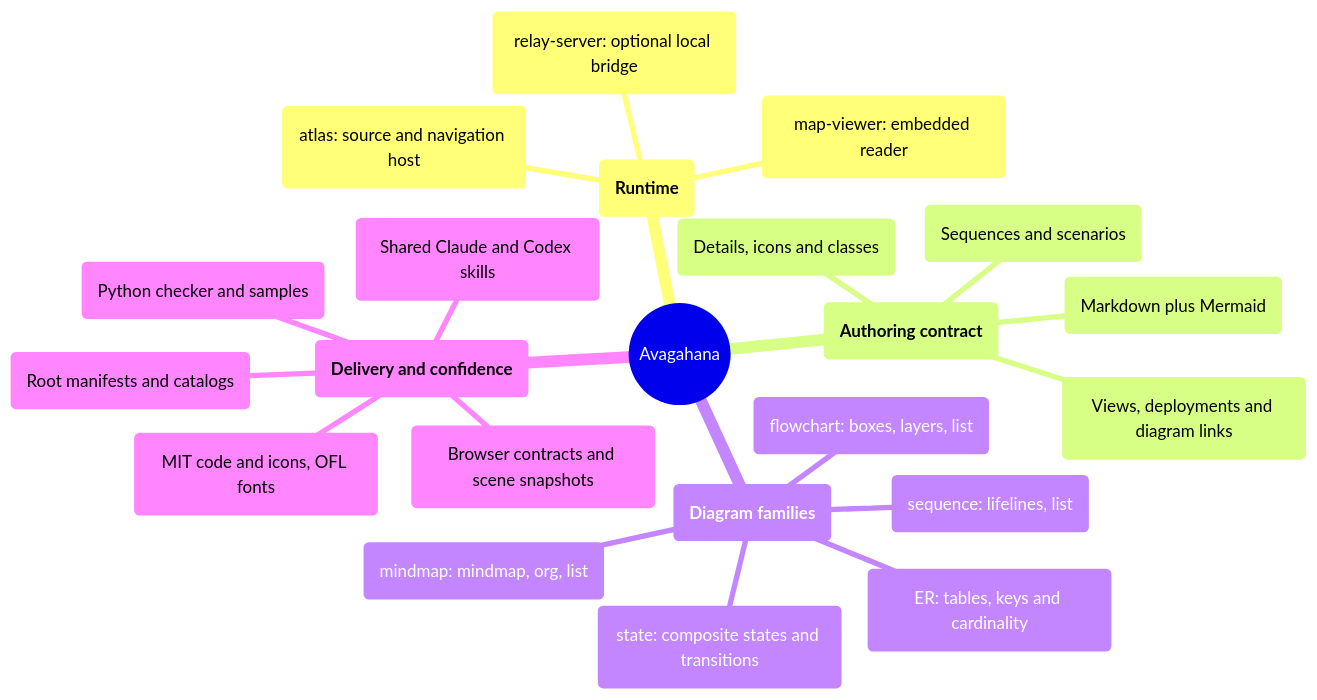
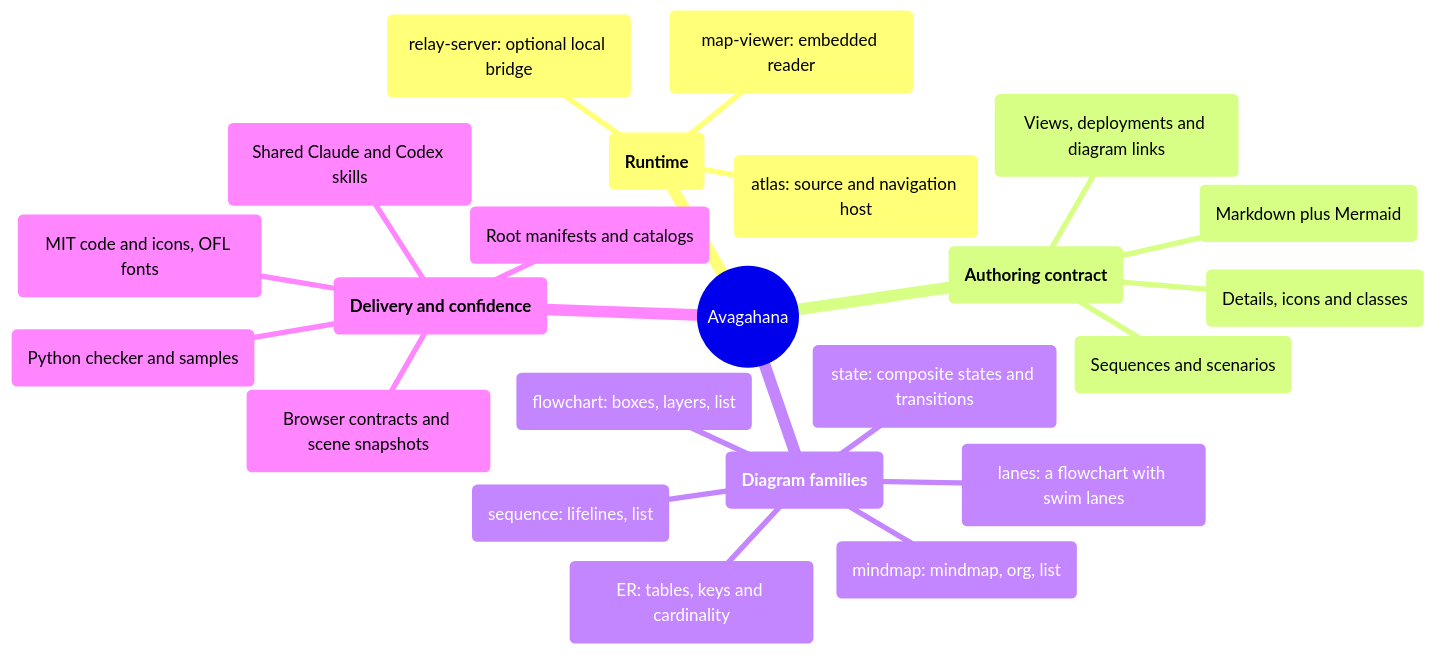
The fourth of 17 diagrams in examples/maps/avagahana-architecture.md (nvsravank/avagahana), drawn with Mermaid before and after one commit. The commit also changed other lines of this file and 46 other files, not shown here.

Commit message:
WO-62: lane diagrams, rows columns grids, parent lanes, Flat Zebra, lane highlight, pinned names, list by lane, fewest-turn router, routing cases, version 0.2.0

````diff
--- a/examples/maps/avagahana-architecture.md
+++ b/examples/maps/avagahana-architecture.md
@@ -230,25 +230,26 @@
 ```mermaid
 mindmap
   n1(("Avagahana"))
     n2("**Runtime**")
       n3("map-viewer: embedded reader")
       n4("atlas: source and navigation host")
       n5("relay-server: optional local bridge")
     n6("**Authoring contract**")
       n7("Markdown plus Mermaid")
       n8("Details, icons and classes")
       n9("Views, deployments and diagram links")
       n10("Sequences and scenarios")
     n11("**Diagram families**")
       n12("mindmap: mindmap, org, list")
       n13("flowchart: boxes, layers, list")
       n14("sequence: lifelines, list")
       n15("state: composite states and transitions")
       n16("ER: tables, keys and cardinality")
+      n23("lanes: a flowchart with swim lanes")
     n17("**Delivery and confidence**")
       n18("Shared Claude and Codex skills")
       n19("Root manifests and catalogs")
       n20("Python checker and samples")
       n21("Browser contracts and scene snapshots")
       n22("MIT code and icons, OFL fonts")
 ```
````
